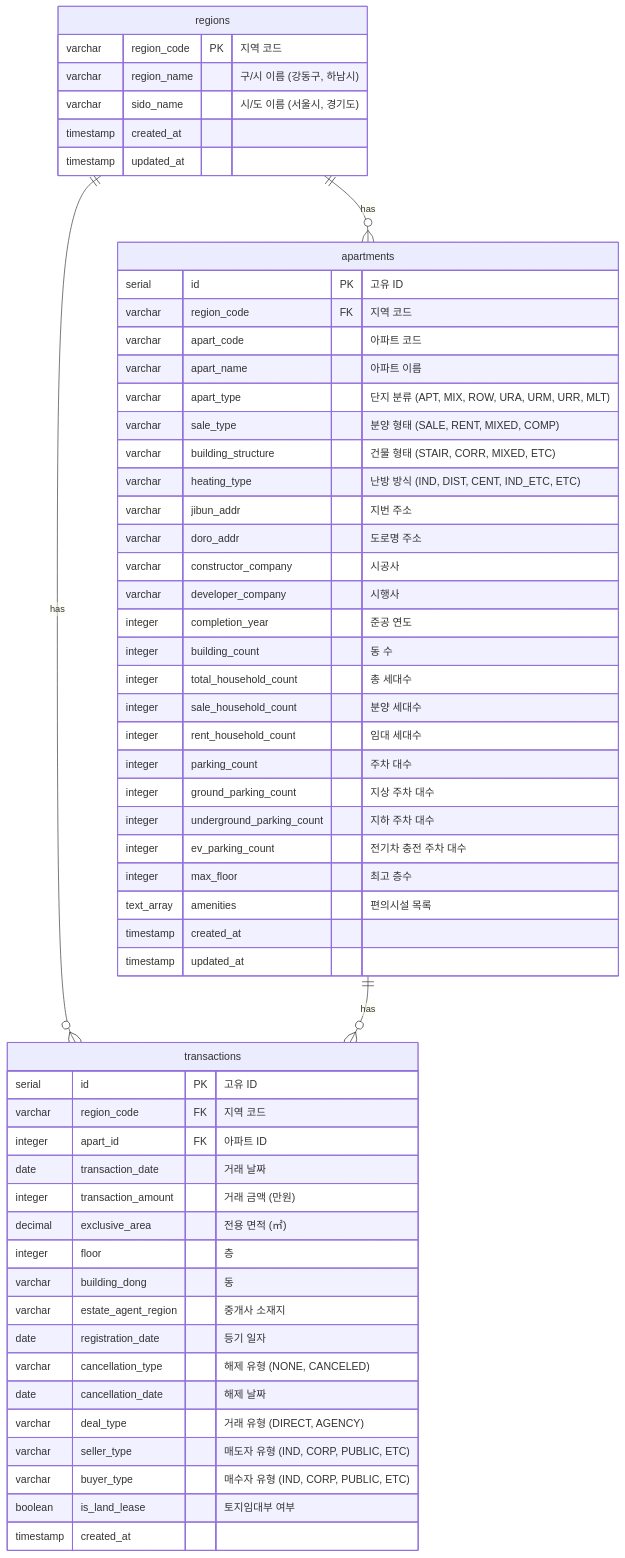
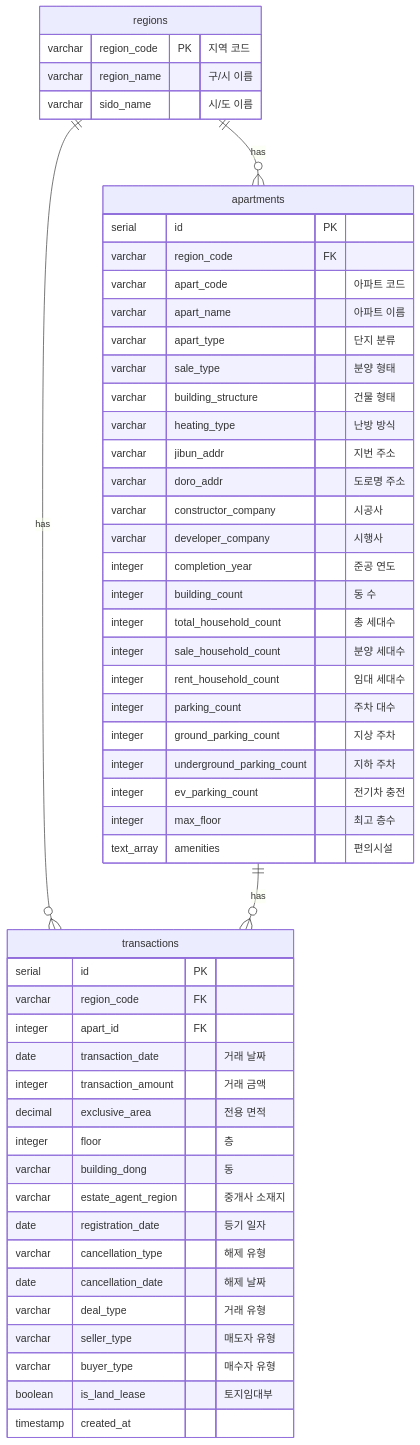
Before and after one commit to polym-team/polymorph-app: the diagram in apps/jibsayo/ERD.md, drawn with Mermaid. The commit also changed other lines of this file, not shown here.

````diff
--- a/apps/jibsayo/ERD.md
+++ b/apps/jibsayo/ERD.md
@@ -5,62 +5,58 @@
 ```mermaid
 erDiagram
     regions ||--o{ apartments : "has"
     regions ||--o{ transactions : "has"
     apartments ||--o{ transactions : "has"
 
     regions {
         varchar region_code PK "지역 코드"
-        varchar region_name "구/시 이름 (강동구, 하남시)"
-        varchar sido_name "시/도 이름 (서울시, 경기도)"
-        timestamp created_at
-        timestamp updated_at
+        varchar region_name "구/시 이름"
+        varchar sido_name "시/도 이름"
     }
 
     apartments {
-        serial id PK "고유 ID"
-        varchar region_code FK "지역 코드"
+        serial id PK
+        varchar region_code FK
         varchar apart_code "아파트 코드"
         varchar apart_name "아파트 이름"
-        varchar apart_type "단지 분류 (APT, MIX, ROW, URA, URM, URR, MLT)"
-        varchar sale_type "분양 형태 (SALE, RENT, MIXED, COMP)"
-        varchar building_structure "건물 형태 (STAIR, CORR, MIXED, ETC)"
-        varchar heating_type "난방 방식 (IND, DIST, CENT, IND_ETC, ETC)"
+        varchar apart_type "단지 분류"
+        varchar sale_type "분양 형태"
+        varchar building_structure "건물 형태"
+        varchar heating_type "난방 방식"
         varchar jibun_addr "지번 주소"
         varchar doro_addr "도로명 주소"
         varchar constructor_company "시공사"
         varchar developer_company "시행사"
         integer completion_year "준공 연도"
         integer building_count "동 수"
         integer total_household_count "총 세대수"
         integer sale_household_count "분양 세대수"
         integer rent_household_count "임대 세대수"
         integer parking_count "주차 대수"
-        integer ground_parking_count "지상 주차 대수"
-        integer underground_parking_count "지하 주차 대수"
-        integer ev_parking_count "전기차 충전 주차 대수"
+        integer ground_parking_count "지상 주차"
+        integer underground_parking_count "지하 주차"
+        integer ev_parking_count "전기차 충전"
         integer max_floor "최고 층수"
-        text_array amenities "편의시설 목록"
-        timestamp created_at
-        timestamp updated_at
+        text_array amenities "편의시설"
     }
 
     transactions {
-        serial id PK "고유 ID"
-        varchar region_code FK "지역 코드"
-        integer apart_id FK "아파트 ID"
+        serial id PK
+        varchar region_code FK
+        integer apart_id FK
         date transaction_date "거래 날짜"
-        integer transaction_amount "거래 금액 (만원)"
-        decimal exclusive_area "전용 면적 (㎡)"
+        integer transaction_amount "거래 금액"
+        decimal exclusive_area "전용 면적"
         integer floor "층"
         varchar building_dong "동"
         varchar estate_agent_region "중개사 소재지"
         date registration_date "등기 일자"
-        varchar cancellation_type "해제 유형 (NONE, CANCELED)"
+        varchar cancellation_type "해제 유형"
         date cancellation_date "해제 날짜"
-        varchar deal_type "거래 유형 (DIRECT, AGENCY)"
-        varchar seller_type "매도자 유형 (IND, CORP, PUBLIC, ETC)"
-        varchar buyer_type "매수자 유형 (IND, CORP, PUBLIC, ETC)"
-        boolean is_land_lease "토지임대부 여부"
+        varchar deal_type "거래 유형"
+        varchar seller_type "매도자 유형"
+        varchar buyer_type "매수자 유형"
+        boolean is_land_lease "토지임대부"
         timestamp created_at
     }
 ```
````
